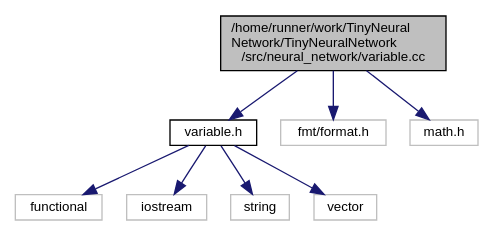
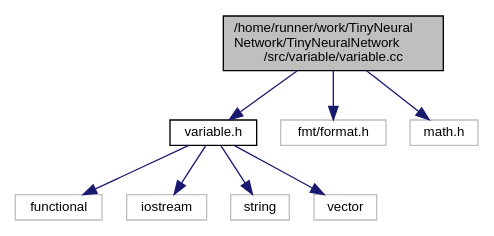
Before and after one commit to MaoSong2022/TinyNeuralNetwork: the diagram in variable_8cc__incl.dot, drawn with Graphviz. The commit also changed 90 other files, not shown here.

```diff
--- a/variable_8cc__incl.dot
+++ b/variable_8cc__incl.dot
@@ -1,21 +1,21 @@
-digraph "/home/runner/work/TinyNeuralNetwork/TinyNeuralNetwork/src/neural_network/variable.cc"
+digraph "/home/runner/work/TinyNeuralNetwork/TinyNeuralNetwork/src/variable/variable.cc"
 {
  // LATEX_PDF_SIZE
   edge [fontname="Helvetica",fontsize="10",labelfontname="Helvetica",labelfontsize="10"];
   node [fontname="Helvetica",fontsize="10",shape=record];
-  Node1 [label="/home/runner/work/TinyNeural\lNetwork/TinyNeuralNetwork\l/src/neural_network/variable.cc",height=0.2,width=0.4,color="black", fillcolor="grey75", style="filled", fontcolor="black",tooltip=" "];
+  Node1 [label="/home/runner/work/TinyNeural\lNetwork/TinyNeuralNetwork\l/src/variable/variable.cc",height=0.2,width=0.4,color="black", fillcolor="grey75", style="filled", fontcolor="black",tooltip=" "];
   Node1 -> Node2 [color="midnightblue",fontsize="10",style="solid",fontname="Helvetica"];
   Node2 [label="variable.h",height=0.2,width=0.4,color="black", fillcolor="white", style="filled",URL="$variable_8h.html",tooltip=" "];
   Node2 -> Node3 [color="midnightblue",fontsize="10",style="solid",fontname="Helvetica"];
   Node3 [label="functional",height=0.2,width=0.4,color="grey75", fillcolor="white", style="filled",tooltip=" "];
   Node2 -> Node4 [color="midnightblue",fontsize="10",style="solid",fontname="Helvetica"];
   Node4 [label="iostream",height=0.2,width=0.4,color="grey75", fillcolor="white", style="filled",tooltip=" "];
   Node2 -> Node5 [color="midnightblue",fontsize="10",style="solid",fontname="Helvetica"];
   Node5 [label="string",height=0.2,width=0.4,color="grey75", fillcolor="white", style="filled",tooltip=" "];
   Node2 -> Node6 [color="midnightblue",fontsize="10",style="solid",fontname="Helvetica"];
   Node6 [label="vector",height=0.2,width=0.4,color="grey75", fillcolor="white", style="filled",tooltip=" "];
   Node1 -> Node7 [color="midnightblue",fontsize="10",style="solid",fontname="Helvetica"];
   Node7 [label="fmt/format.h",height=0.2,width=0.4,color="grey75", fillcolor="white", style="filled",tooltip=" "];
   Node1 -> Node8 [color="midnightblue",fontsize="10",style="solid",fontname="Helvetica"];
   Node8 [label="math.h",height=0.2,width=0.4,color="grey75", fillcolor="white", style="filled",tooltip=" "];
 }
```
